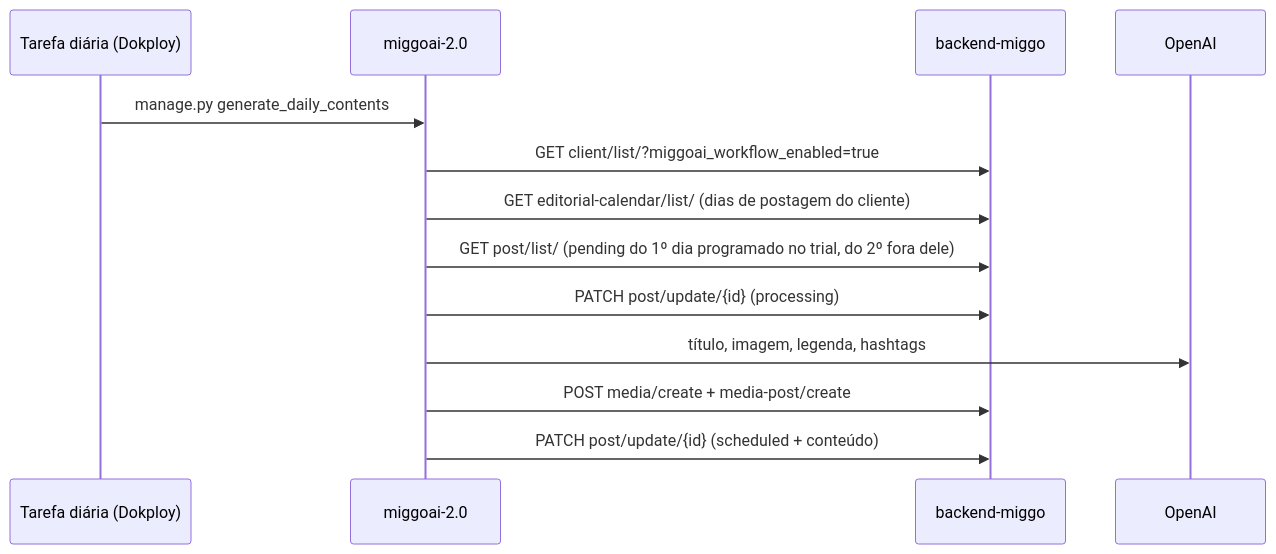
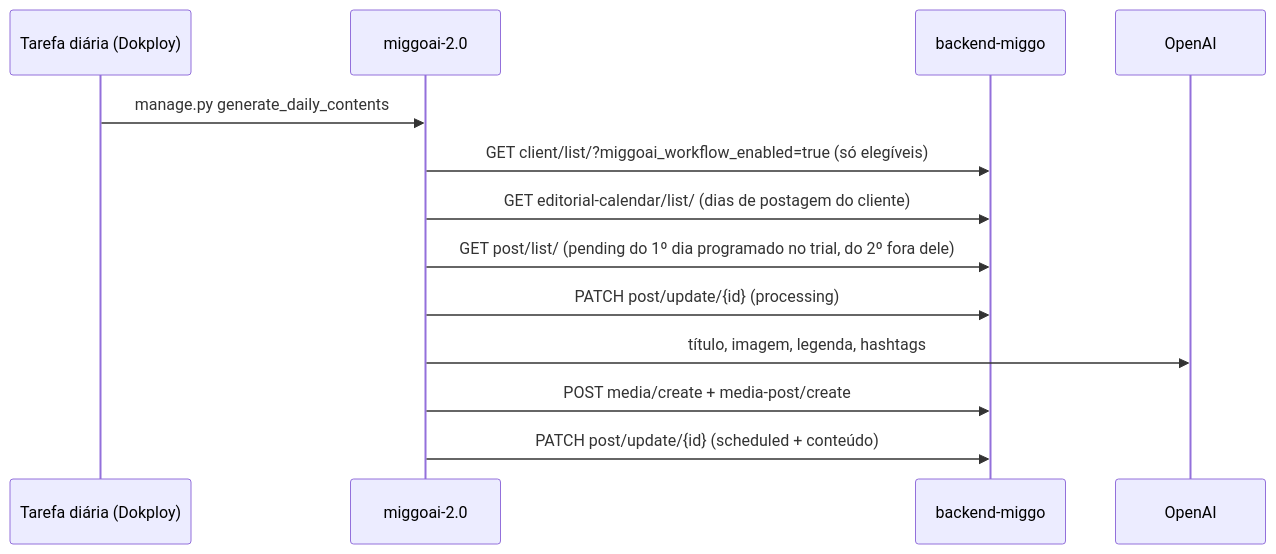
The third of 5 diagrams in arquitetura/fluxos.mdx (aliverso01/mintlify-docs), drawn with Mermaid before and after one commit. The commit also changed other lines of this file and 3 other files, not shown here.

````diff
--- a/arquitetura/fluxos.mdx
+++ b/arquitetura/fluxos.mdx
@@ -60,16 +60,16 @@
 ```mermaid
 sequenceDiagram
     participant CRON as Tarefa diária (Dokploy)
     participant AI as miggoai-2.0
     participant BE as backend-miggo
     participant OAI as OpenAI
 
     CRON->>AI: manage.py generate_daily_contents
-    AI->>BE: GET client/list/?miggoai_workflow_enabled=true
+    AI->>BE: GET client/list/?miggoai_workflow_enabled=true (só elegíveis)
     AI->>BE: GET editorial-calendar/list/ (dias de postagem do cliente)
     AI->>BE: GET post/list/ (pending do 1º dia programado no trial, do 2º fora dele)
     AI->>BE: PATCH post/update/{id} (processing)
     AI->>OAI: título, imagem, legenda, hashtags
     AI->>BE: POST media/create + media-post/create
     AI->>BE: PATCH post/update/{id} (scheduled + conteúdo)
 ```
````
